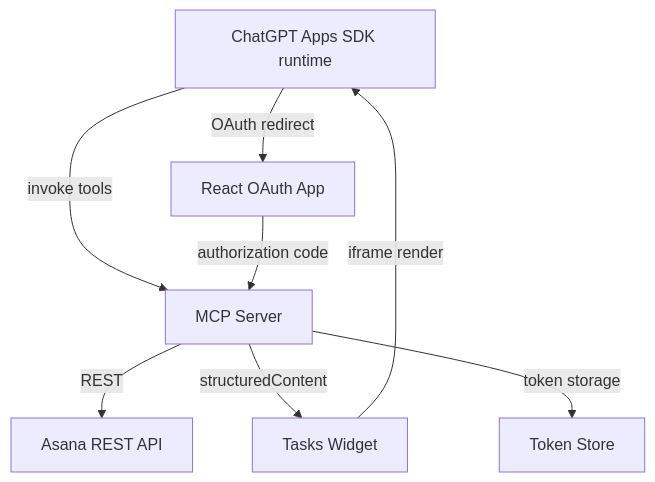
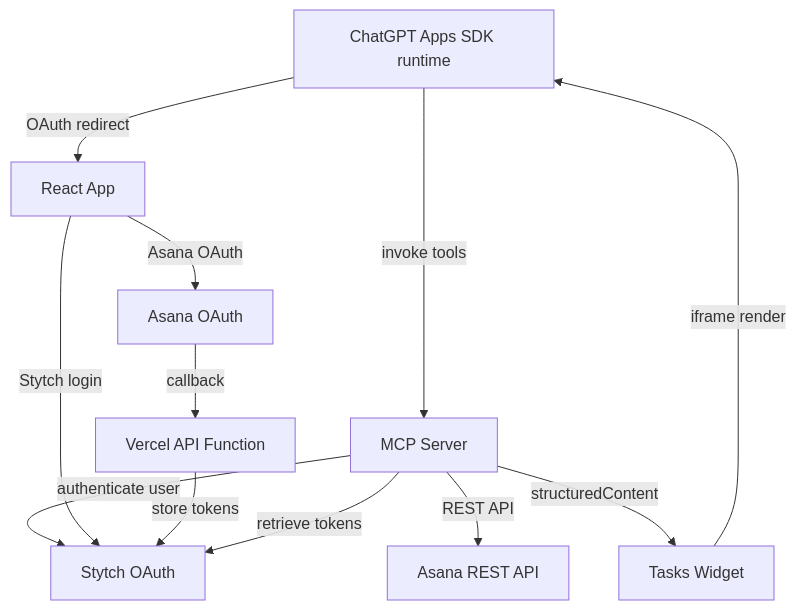
One commit to MCPJam/apps-sdk-mcp-server-example changed the first of 2 diagrams in README.md. Above: the diagram before and after it, drawn with Mermaid. The commit also changed other lines of this file, not shown here.

````diff
--- a/README.md
+++ b/README.md
@@ -14,10 +15,14 @@
 ```mermaid
 graph TD
     ChatGPT[ChatGPT Apps SDK runtime] -->|invoke tools| MCPServer[MCP Server]
-    MCPServer -->|REST| AsanaAPI[Asana REST API]
+    MCPServer -->|authenticate user| Stytch[Stytch OAuth]
+    MCPServer -->|REST API| AsanaAPI[Asana REST API]
     MCPServer -->|structuredContent| TasksWidget[Tasks Widget]
     TasksWidget -->|iframe render| ChatGPT
-    ChatGPT -->|OAuth redirect| OAuthApp[React OAuth App]
-    OAuthApp -->|authorization code| MCPServer
-    MCPServer -->|token storage| TokenStore[Token Store]
+    ChatGPT -->|OAuth redirect| ReactApp[React App]
+    ReactApp -->|Stytch login| Stytch
+    ReactApp -->|Asana OAuth| AsanaOAuth[Asana OAuth]
+    AsanaOAuth -->|callback| VercelAPI[Vercel API Function]
+    VercelAPI -->|store tokens| Stytch
+    MCPServer -->|retrieve tokens| Stytch
 ```
````
